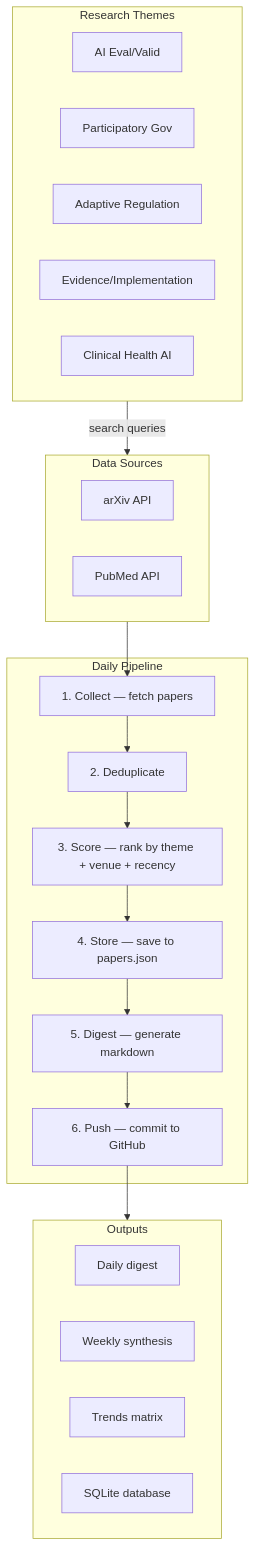
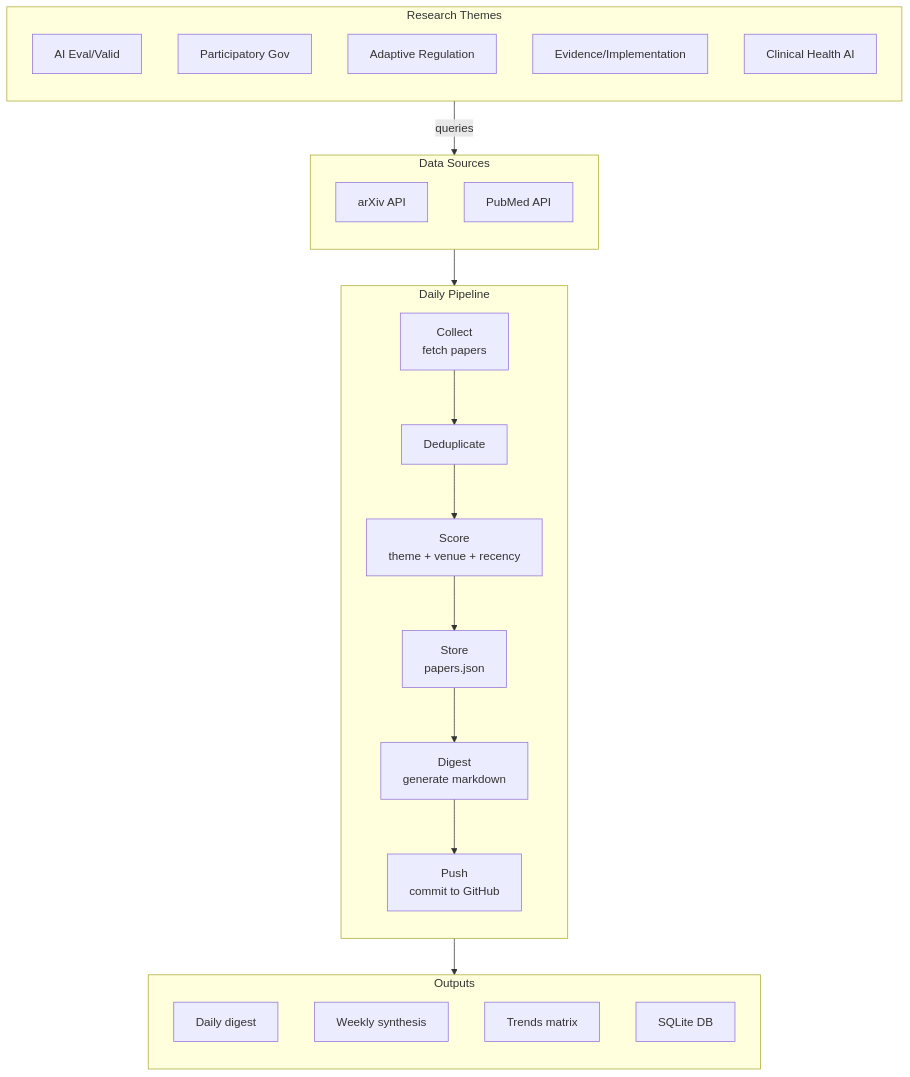
The diagram in README.md (Arkoys/ai-health-lit-review), drawn with Mermaid before and after one commit.

Commit message:
Update flowchart formatting in README

````diff
--- a/README.md
+++ b/README.md
@@ -86,36 +86,46 @@
 ```mermaid
 flowchart TB
-    subgraph THEMES["Research Themes"]
-        T1["AI Eval/Valid"]
-        T2["Participatory Gov"]
-        T3["Adaptive Regulation"]
-        T4["Evidence/Implementation"]
-        T5["Clinical Health AI"]
-    end
 
-    subgraph SOURCES["Data Sources"]
-        ARXIV["arXiv API"]
-        PUBMED["PubMed API"]
-    end
+%% --- THEMES ---
+subgraph THEMES["Research Themes"]
+direction TB
+    T1["AI Eval/Valid"]
+    T2["Participatory Gov"]
+    T3["Adaptive Regulation"]
+    T4["Evidence/Implementation"]
+    T5["Clinical Health AI"]
+end
 
-    subgraph PIPELINE["Daily Pipeline"]
-        C1["1. Collect — fetch papers"]
-        C2["2. Deduplicate"]
-        C3["3. Score — rank by theme + venue + recency"]
-        C4["4. Store — save to papers.json"]
-        C5["5. Digest — generate markdown"]
-        C6["6. Push — commit to GitHub"]
-    end
+%% --- SOURCES ---
+subgraph SOURCES["Data Sources"]
+direction TB
+    ARXIV["arXiv API"]
+    PUBMED["PubMed API"]
+end
 
-    subgraph OUTPUTS["Outputs"]
-        O1["Daily digest"]
-        O2["Weekly synthesis"]
-        O3["Trends matrix"]
-        O4["SQLite database"]
-    end
+%% --- PIPELINE ---
+subgraph PIPELINE["Daily Pipeline"]
+direction TB
+    C1["Collect<br/>fetch papers"]
+    C2["Deduplicate"]
+    C3["Score<br/>theme + venue + recency"]
+    C4["Store<br/>papers.json"]
+    C5["Digest<br/>generate markdown"]
+    C6["Push<br/>commit to GitHub"]
+end
 
-    THEMES -->|"search queries"| SOURCES
-    SOURCES --> C1
-    C1 --> C2 --> C3 --> C4 --> C5 --> C6
-    C6 --> OUTPUTS
+%% --- OUTPUTS ---
+subgraph OUTPUTS["Outputs"]
+direction TB
+    O1["Daily digest"]
+    O2["Weekly synthesis"]
+    O3["Trends matrix"]
+    O4["SQLite DB"]
+end
+
+%% --- MAIN VERTICAL FLOW ---
+THEMES -->|"queries"| SOURCES
+SOURCES --> C1
+C1 --> C2 --> C3 --> C4 --> C5 --> C6
+C6 --> OUTPUTS
 ```
````
